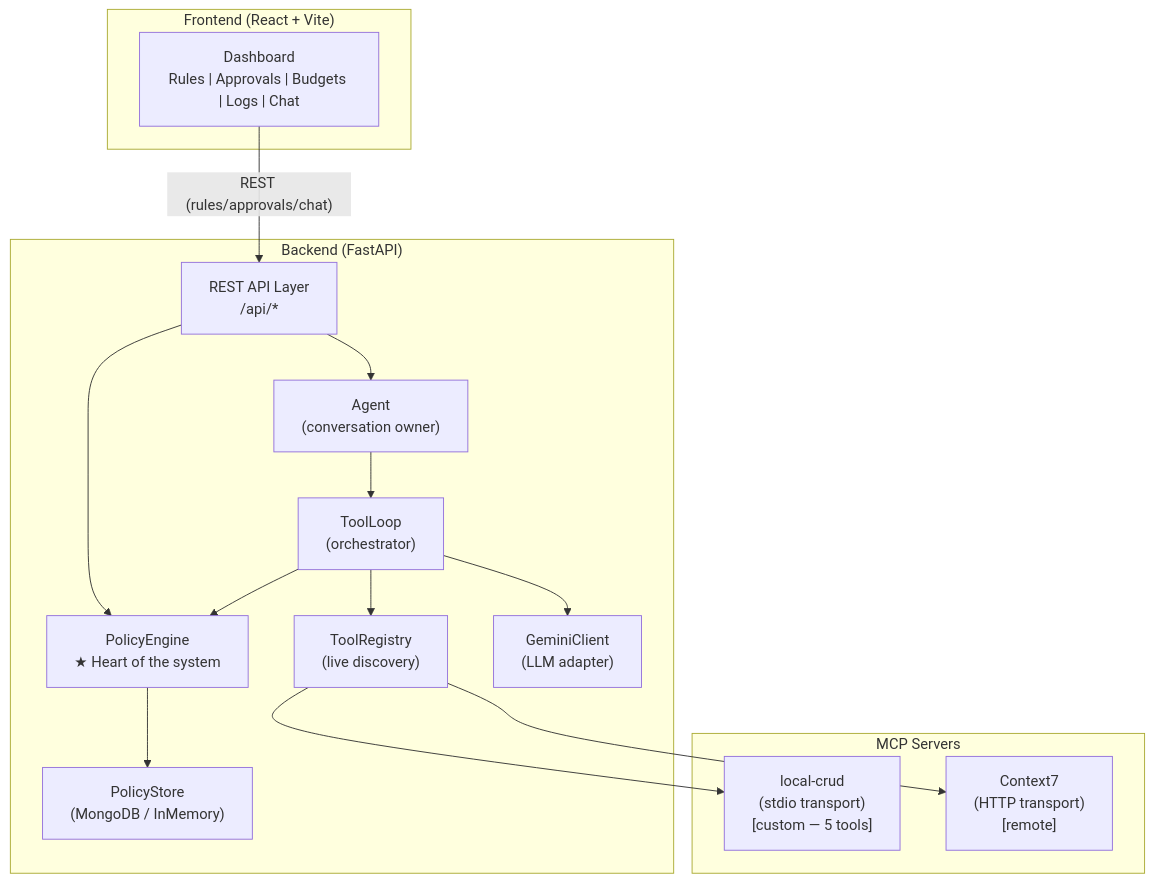
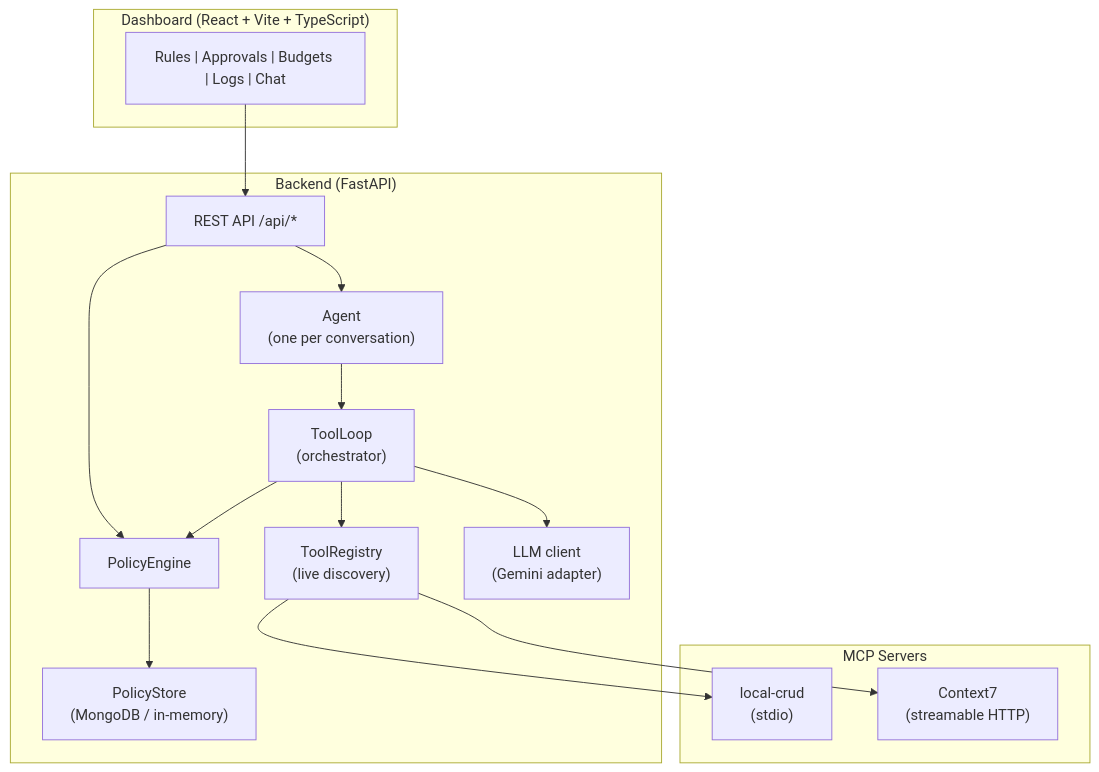
Before and after one commit to Vamshi9415/guarded-ai-agent-mcp: the first of 2 diagrams in README.md, drawn with Mermaid. The commit also changed other lines of this file, not shown here.

````diff
--- a/README.md
+++ b/README.md
@@ -45,32 +38,32 @@
 ```mermaid
 graph TD
-    subgraph Frontend["Frontend (React + Vite)"]
-        UI["Dashboard\nRules | Approvals | Budgets | Logs | Chat"]
+    subgraph Frontend["Dashboard (React + Vite + TypeScript)"]
+        UI["Rules | Approvals | Budgets | Logs | Chat"]
     end
 
     subgraph Backend["Backend (FastAPI)"]
-        API["REST API Layer\n/api/*"]
-        Agent["Agent\n(conversation owner)"]
+        API["REST API /api/*"]
+        Agent["Agent\n(one per conversation)"]
         TL["ToolLoop\n(orchestrator)"]
-        PE["PolicyEngine\n★ Heart of the system"]
-        PS["PolicyStore\n(MongoDB / InMemory)"]
+        PE["PolicyEngine"]
+        PS["PolicyStore\n(MongoDB / in-memory)"]
         TR["ToolRegistry\n(live discovery)"]
-        LLM["GeminiClient\n(LLM adapter)"]
+        LLM["LLM client\n(Gemini adapter)"]
     end
 
     subgraph MCP["MCP Servers"]
-        Local["local-crud\n(stdio transport)\n[custom — 5 tools]"]
-        C7["Context7\n(HTTP transport)\n[remote]"]
+        Local["local-crud\n(stdio)"]
+        C7["Context7\n(streamable HTTP)"]
     end
 
-    UI -->|"REST (rules/approvals/chat)"| API
+    UI --> API
     API --> Agent
     API --> PE
     Agent --> TL
     TL --> LLM
     TL --> PE
     TL --> TR
     PE --> PS
     TR --> Local
     TR --> C7
 ```
````
